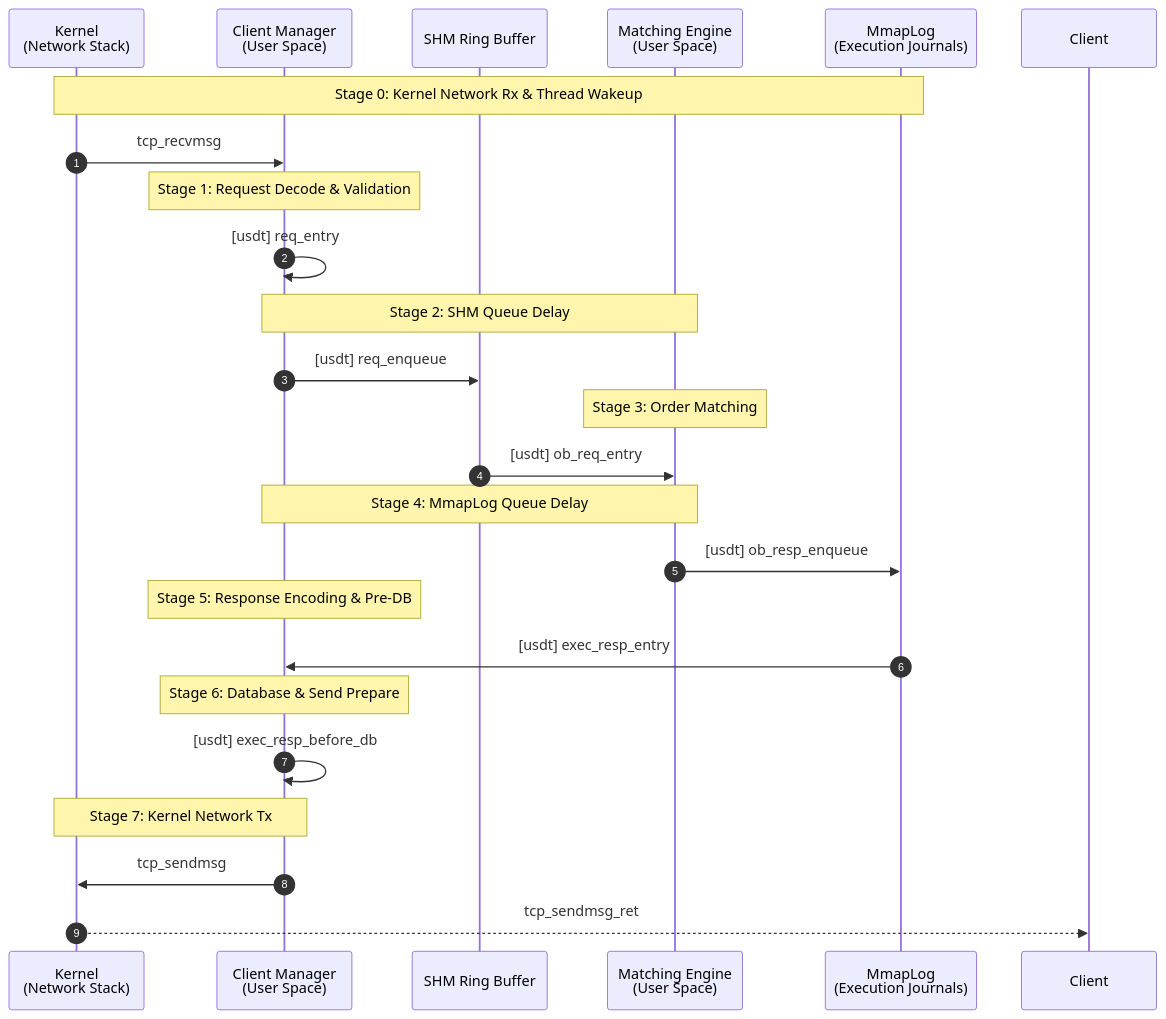
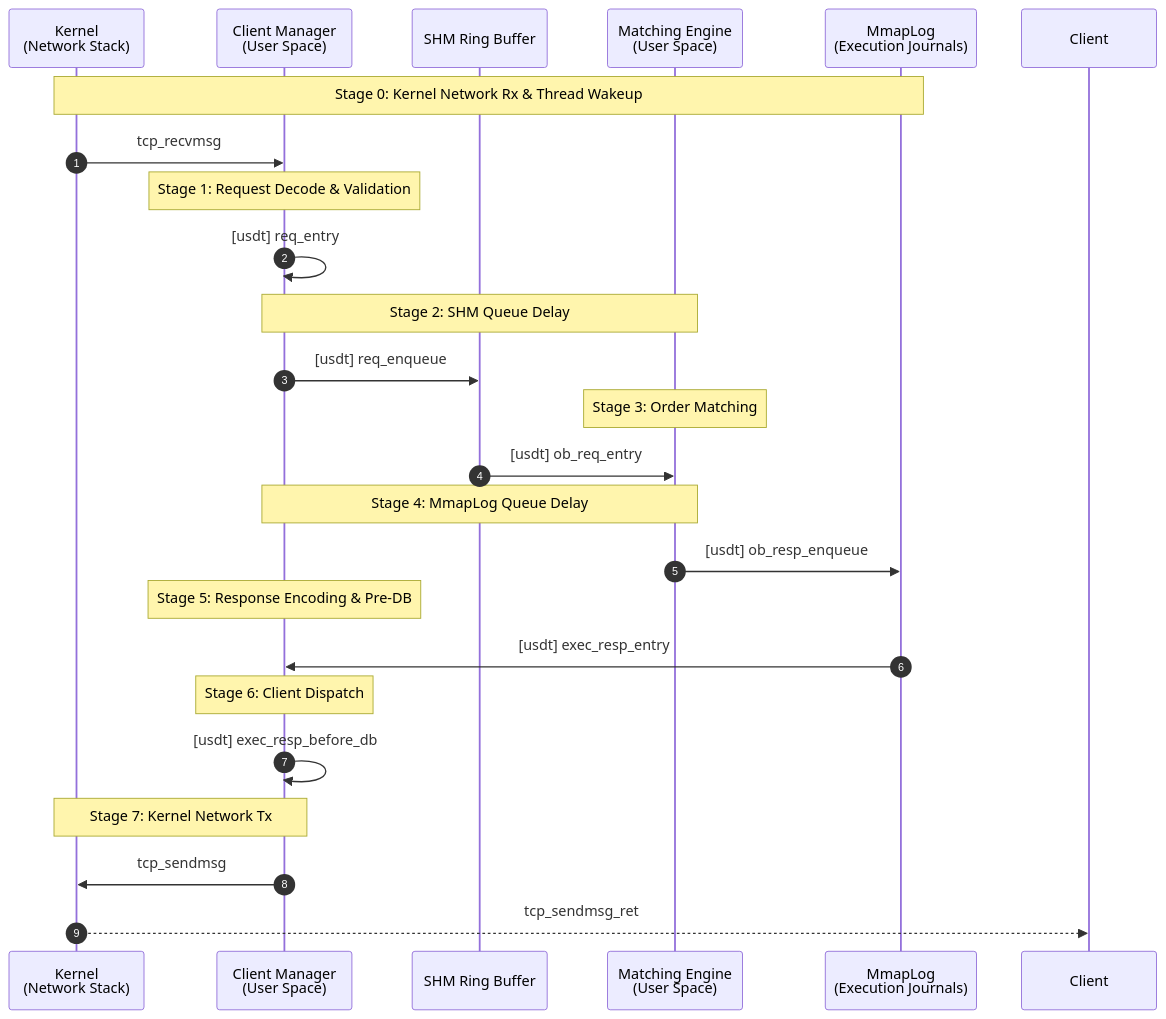
The fourth of 4 diagrams in README.md (harvey-euph/Electronic-Exchange-Simulator), drawn with Mermaid before and after one commit. The commit also changed other lines of this file, not shown here.

Commit message:
docs: update README to reflect multi-core ME architecture and async DB polling

````diff
--- a/README.md
+++ b/README.md
@@ -118,34 +122,34 @@
 ```mermaid
 sequenceDiagram
     autonumber
     participant Kernel as Kernel<br/>(Network Stack)
     participant CM as Client Manager<br/>(User Space)
     participant SHM as SHM Ring Buffer
     participant ME as Matching Engine<br/>(User Space)
     participant MmapLog as MmapLog<br/>(Execution Journals)
 
     Note over Kernel, MmapLog: Stage 0: Kernel Network Rx & Thread Wakeup
     Kernel->>CM: tcp_recvmsg
     
     Note over CM: Stage 1: Request Decode & Validation
     CM->>CM: [usdt] req_entry
     
     Note over CM, ME: Stage 2: SHM Queue Delay
     CM->>SHM: [usdt] req_enqueue
     
     Note over ME: Stage 3: Order Matching
     SHM->>ME: [usdt] ob_req_entry
     
     Note over ME, CM: Stage 4: MmapLog Queue Delay
     ME->>MmapLog: [usdt] ob_resp_enqueue
     
     Note over CM: Stage 5: Response Encoding & Pre-DB
     MmapLog->>CM: [usdt] exec_resp_entry
     
-    Note over CM: Stage 6: Database & Send Prepare
+    Note over CM: Stage 6: Client Dispatch
     CM->>CM: [usdt] exec_resp_before_db
     
     Note over CM, Kernel: Stage 7: Kernel Network Tx
     CM->>Kernel: tcp_sendmsg
     Kernel-->>Client: tcp_sendmsg_ret
 ```
````
